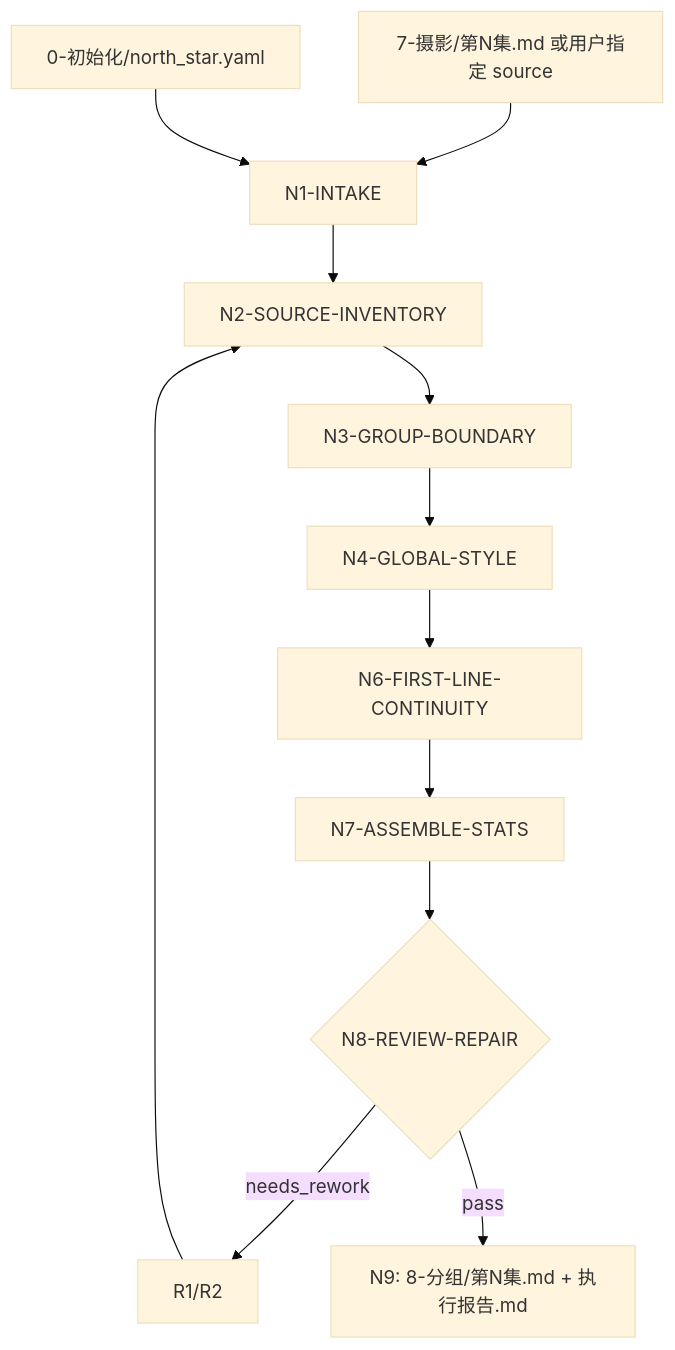
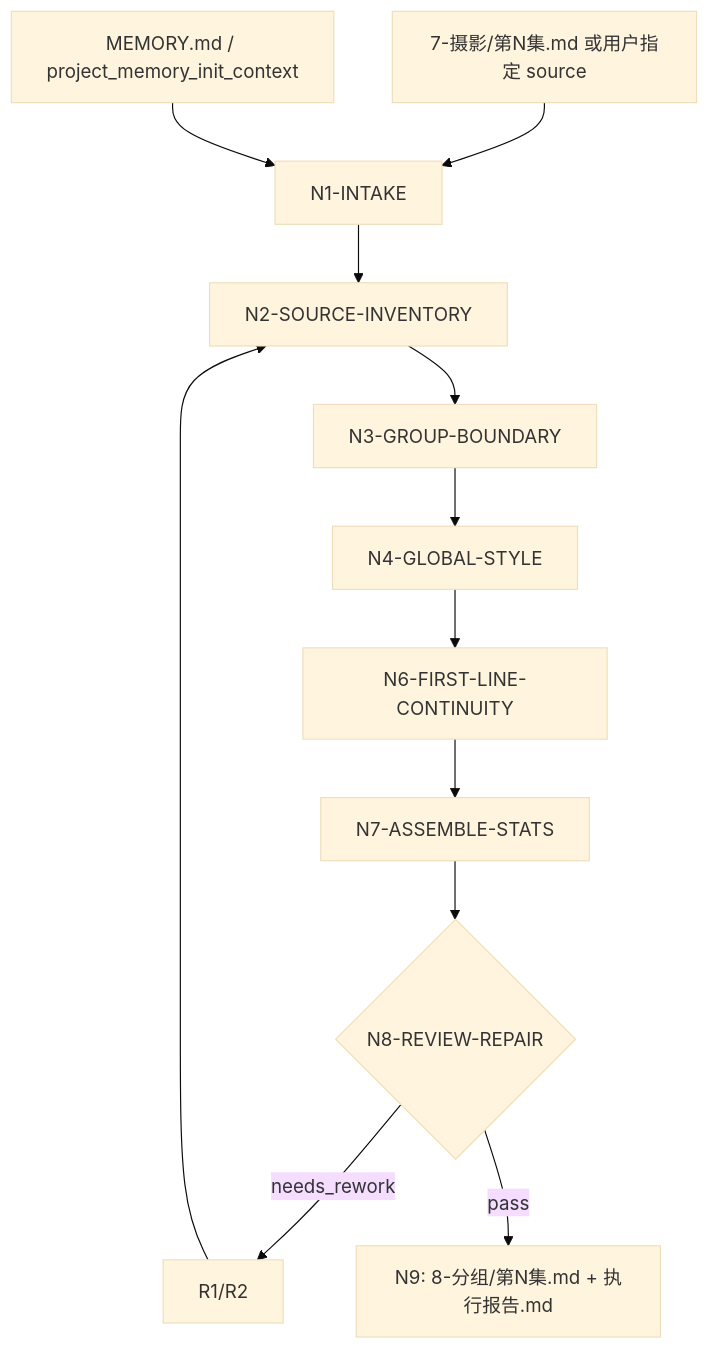
One commit to ZEN-VOID/AI-CUT changed the diagram in .agents/skills/aigc/8-分组/SKILL.md. Above: the diagram before and after it, drawn with Mermaid (base theme). The commit also changed other lines of this file and 439 other files, not shown here.

````diff
--- a/.agents/skills/aigc/8-分组/SKILL.md
+++ b/.agents/skills/aigc/8-分组/SKILL.md
@@ -179,14 +180,14 @@
 ```mermaid
 flowchart TD
     A["7-摄影/第N集.md 或用户指定 source"] --> B["N1-INTAKE"]
-    C["0-初始化/north_star.yaml"] --> B
+    C["MEMORY.md / project_memory_init_context"] --> B
     B --> D["N2-SOURCE-INVENTORY"]
     D --> E["N3-GROUP-BOUNDARY"]
     E --> F["N4-GLOBAL-STYLE"]
     F --> H["N6-FIRST-LINE-CONTINUITY"]
     H --> I["N7-ASSEMBLE-STATS"]
     I --> J{"N8-REVIEW-REPAIR"}
     J -->|"needs_rework"| R["R1/R2"]
     R --> D
     J -->|"pass"| K["N9: 8-分组/第N集.md + 执行报告.md"]
 ```
````
